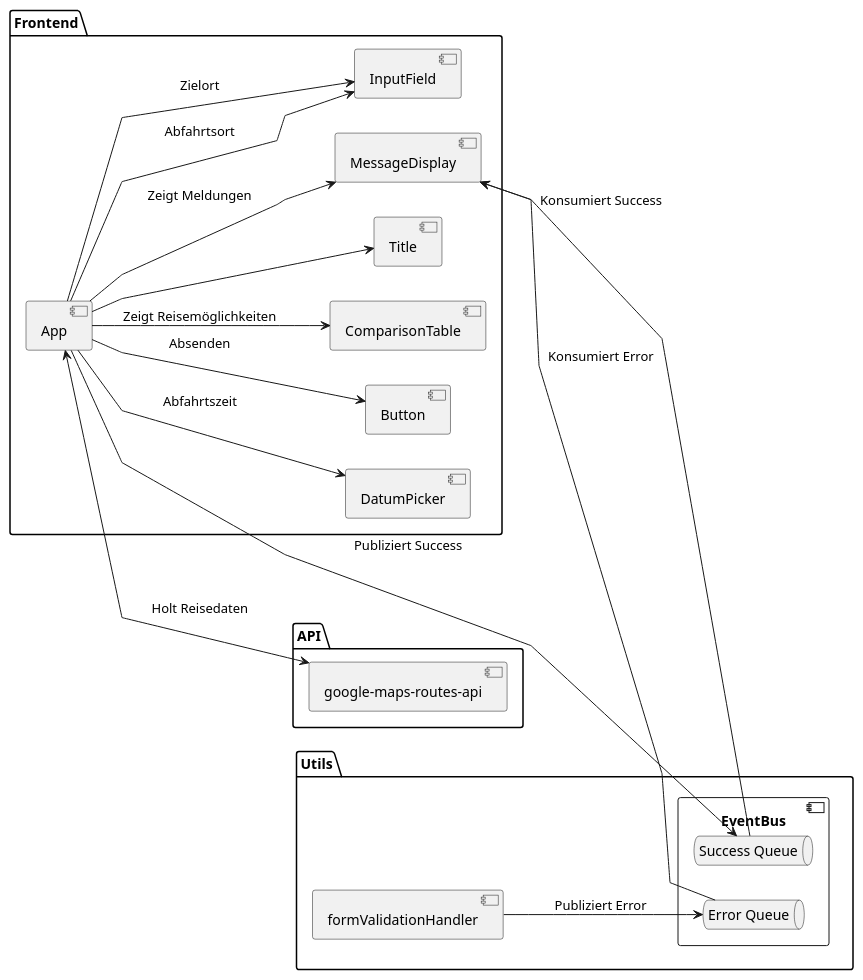
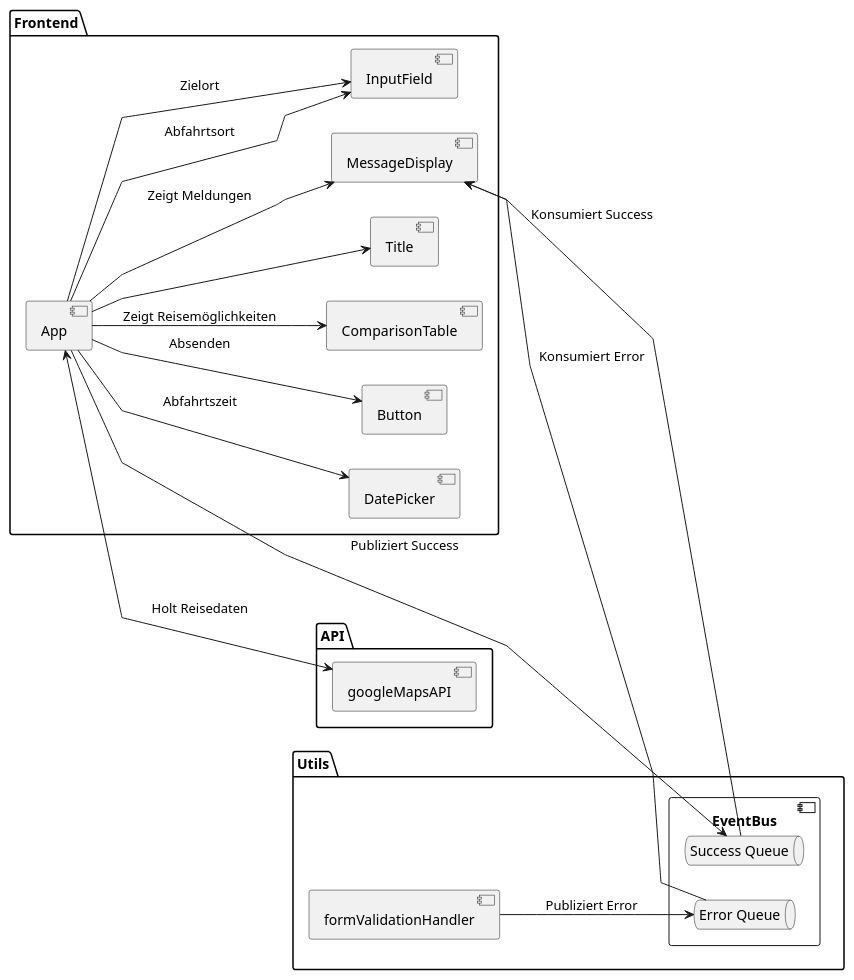
Before and after one commit to roumanch-777/verkehrsmittelvergleich-johannes-roman: the diagram in docs/ComponentDiagram.puml, drawn with PlantUML. The commit also changed 1 other file, not shown here.

Commit message:
update component diagram

```diff
--- a/docs/ComponentDiagram.puml
+++ b/docs/ComponentDiagram.puml
@@ -1,32 +1,32 @@
-@startuml
+@startuml ComponentDiagram
 left to right direction
 skinparam linetype polyline
 package "Frontend" {
     [App] --> [Title]
     [App] --> [MessageDisplay] : "Zeigt Meldungen"
     [App] --> [InputField] : "Abfahrtsort"
     [App] --> [InputField] : "Zielort"
-    [App] --> [DatumPicker] : "Abfahrtszeit"
+    [App] --> [DatePicker] : "Abfahrtszeit"
     [App] --> [Button] : "Absenden"
     [App] --> [ComparisonTable] : "Zeigt Reisemöglichkeiten"
 }
 
 package "Utils" {
     component "EventBus" {
     queue "Success Queue" as SuccessQueue
     queue "Error Queue" as ErrorQueue
 }
 
 
     [App] --> SuccessQueue : "Publiziert Success"
     [formValidationHandler] --> ErrorQueue : "Publiziert Error"
 
     [MessageDisplay] <-- SuccessQueue : "Konsumiert Success"
     [MessageDisplay] <-- ErrorQueue : "Konsumiert Error"
 }
 
 package "API" {
-    [google-maps-routes-api]
-    [App] <--> [google-maps-routes-api] : "Holt Reisedaten"
+    [googleMapsAPI]
+    [App] <--> [googleMapsAPI] : "Holt Reisedaten"
 }
 @enduml
```
